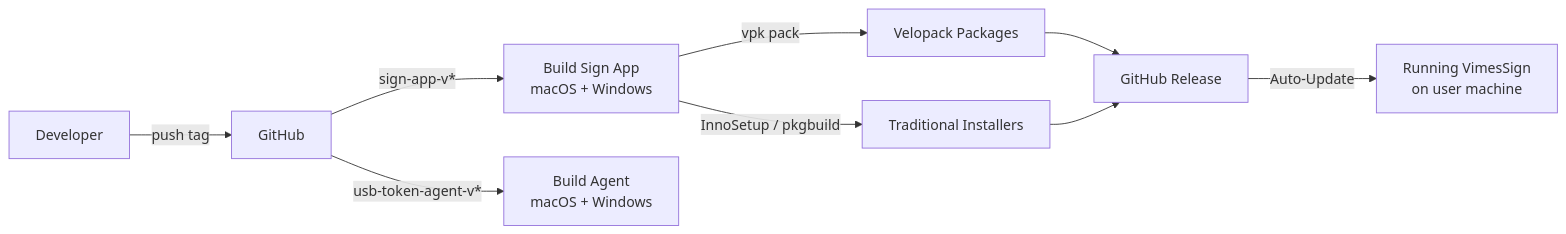
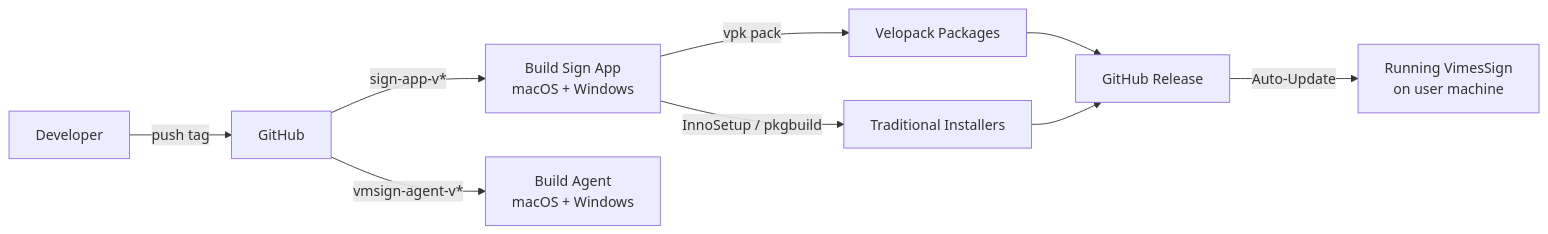
Before and after one commit to vimesjscvn/vn-sign-sample: the third of 3 diagrams in README.md, drawn with Mermaid. The commit also changed other lines of this file and 42 other files, not shown here.

First line of the commit message:
refactor: rename usb-token-agent → vmsign-agent, UsbTokenAgent → VMSignAgent

````diff
--- a/README.md
+++ b/README.md
@@ -80,13 +80,13 @@
 ```mermaid
 graph LR
     Dev[Developer] -->|push tag| GH[GitHub]
     GH -->|sign-app-v*| WF1[Build Sign App<br/>macOS + Windows]
-    GH -->|usb-token-agent-v*| WF2[Build Agent<br/>macOS + Windows]
+    GH -->|vmsign-agent-v*| WF2[Build Agent<br/>macOS + Windows]
 
     WF1 -->|vpk pack| VP[Velopack Packages]
     WF1 -->|InnoSetup / pkgbuild| Installer[Traditional Installers]
     VP --> Release[GitHub Release]
     Installer --> Release
 
     Release -->|Auto-Update| App[Running VimesSign<br/>on user machine]
 ```
````
